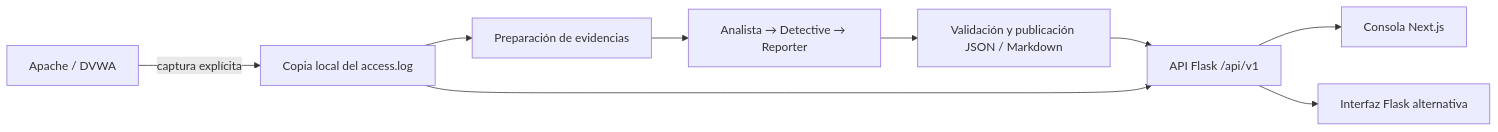
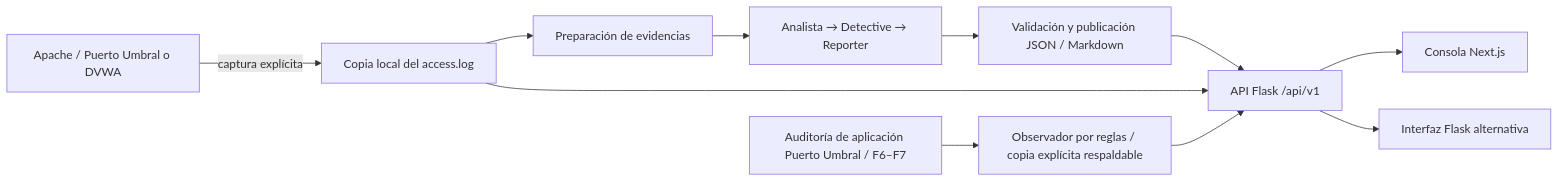
The diagram in README.md (EnriqueForte/web-defense-ai-v2), drawn with Mermaid before and after one commit. The commit also changed other lines of this file and 33 other files, not shown here.

Commit message:
Add Puerto Umbral F6-F7 modules and application audit evidence [skip ci]

````diff
--- a/README.md
+++ b/README.md
@@ -146,11 +159,13 @@
 ```mermaid
 flowchart LR
-    A["Apache / DVWA"] -->|captura explícita| B["Copia local del access.log"]
+    A["Apache / Puerto Umbral o DVWA"] -->|captura explícita| B["Copia local del access.log"]
     B --> C["Preparación de evidencias"]
     C --> D["Analista → Detective → Reporter"]
     D --> E["Validación y publicación JSON / Markdown"]
     E --> F["API Flask /api/v1"]
     B --> F
+    I["Auditoría de aplicación Puerto Umbral / F6–F7"] --> J["Observador por reglas / copia explícita respaldable"]
+    J --> F
     F --> G["Consola Next.js"]
     F --> H["Interfaz Flask alternativa"]
 ```
````
